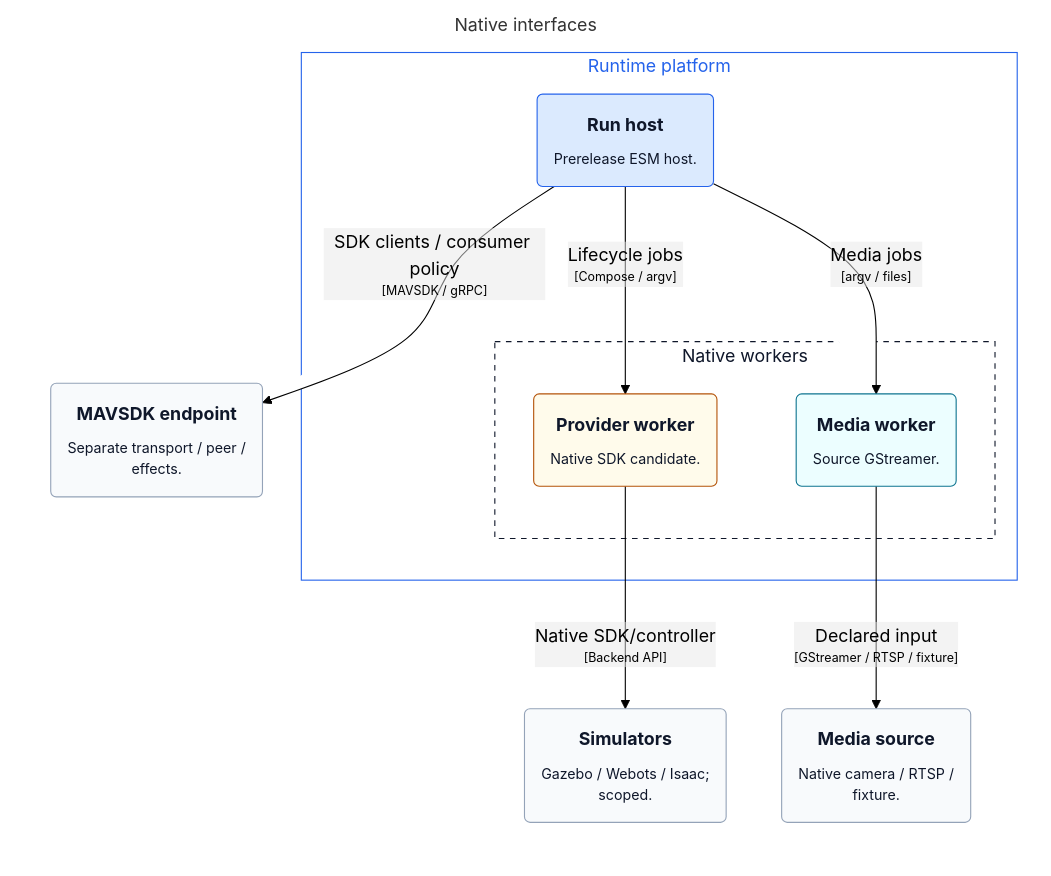
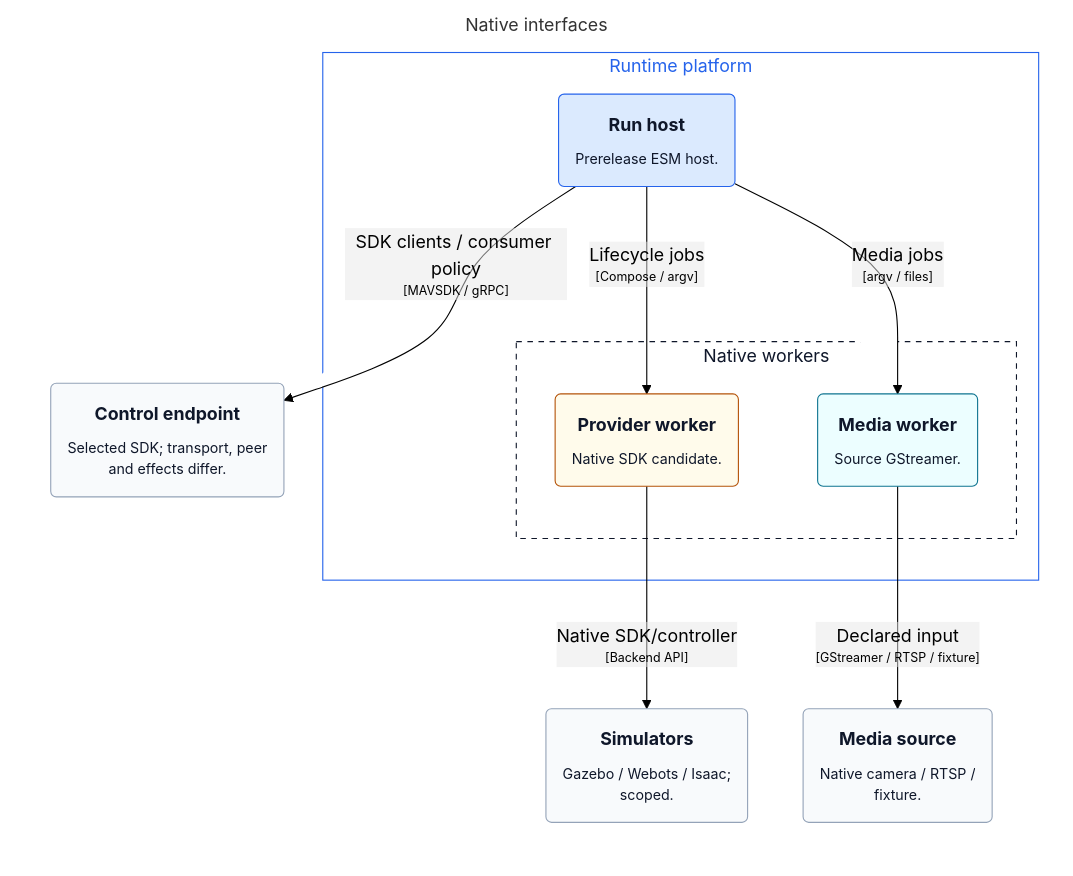
Before and after one commit to mmkolpakov/robotics-runtime: the diagram in docs/architecture/generated/structurizr-NativeInterfaces.mmd, drawn with Mermaid (forest theme). The commit also changed 19 other files, not shown here.

Commit message:
Clarify product interfaces and streamline architecture documentation

```diff
--- a/docs/architecture/generated/structurizr-NativeInterfaces.mmd
+++ b/docs/architecture/generated/structurizr-NativeInterfaces.mmd
@@ -1,36 +1,36 @@
 graph LR
   linkStyle default fill:#ffffff
 
   subgraph diagram ["Native interfaces"]
     style diagram fill:#ffffff,stroke:#ffffff
 
     3("<div style='font-weight: bold'>Simulators</div><div style='font-size: 80%; margin-top:10px'>Gazebo / Webots / Isaac;<br />scoped.</div>")
     style 3 fill:#f8fafc,stroke:#94a3b8,color:#0f172a
-    4("<div style='font-weight: bold'>MAVSDK endpoint</div><div style='font-size: 80%; margin-top:10px'>Separate transport / peer /<br />effects.</div>")
+    4("<div style='font-weight: bold'>Control endpoint</div><div style='font-size: 80%; margin-top:10px'>Selected SDK; transport, peer<br />and effects differ.</div>")
     style 4 fill:#f8fafc,stroke:#94a3b8,color:#0f172a
     5("<div style='font-weight: bold'>Media source</div><div style='font-size: 80%; margin-top:10px'>Native camera / RTSP /<br />fixture.</div>")
     style 5 fill:#f8fafc,stroke:#94a3b8,color:#0f172a
 
     subgraph 7 ["Runtime platform"]
       style 7 fill:#ffffff,stroke:#2563eb,color:#2563eb
 
       subgraph group1 ["Native workers"]
         style group1 fill:#ffffff,stroke:#0f172a,color:#0f172a,stroke-dasharray:5
 
         11("<div style='font-weight: bold'>Provider worker</div><div style='font-size: 80%; margin-top:10px'>Native SDK candidate.</div>")
         style 11 fill:#fffbeb,stroke:#b45309,color:#0f172a
         12("<div style='font-weight: bold'>Media worker</div><div style='font-size: 80%; margin-top:10px'>Source GStreamer.</div>")
         style 12 fill:#ecfeff,stroke:#0e7490,color:#0f172a
       end
 
       8("<div style='font-weight: bold'>Run host</div><div style='font-size: 80%; margin-top:10px'>Prerelease ESM host.</div>")
       style 8 fill:#dbeafe,stroke:#2563eb,color:#0f172a
     end
 
     8-- "<div>Lifecycle jobs</div><div style='font-size: 70%'>[Compose / argv]</div>" -->11
     8-- "<div>SDK clients / consumer policy</div><div style='font-size: 70%'>[MAVSDK / gRPC]</div>" -->4
     8-- "<div>Media jobs</div><div style='font-size: 70%'>[argv / files]</div>" -->12
     12-- "<div>Declared input</div><div style='font-size: 70%'>[GStreamer / RTSP / fixture]</div>" -->5
     11-- "<div>Native SDK/controller</div><div style='font-size: 70%'>[Backend API]</div>" -->3
 
   end
```
